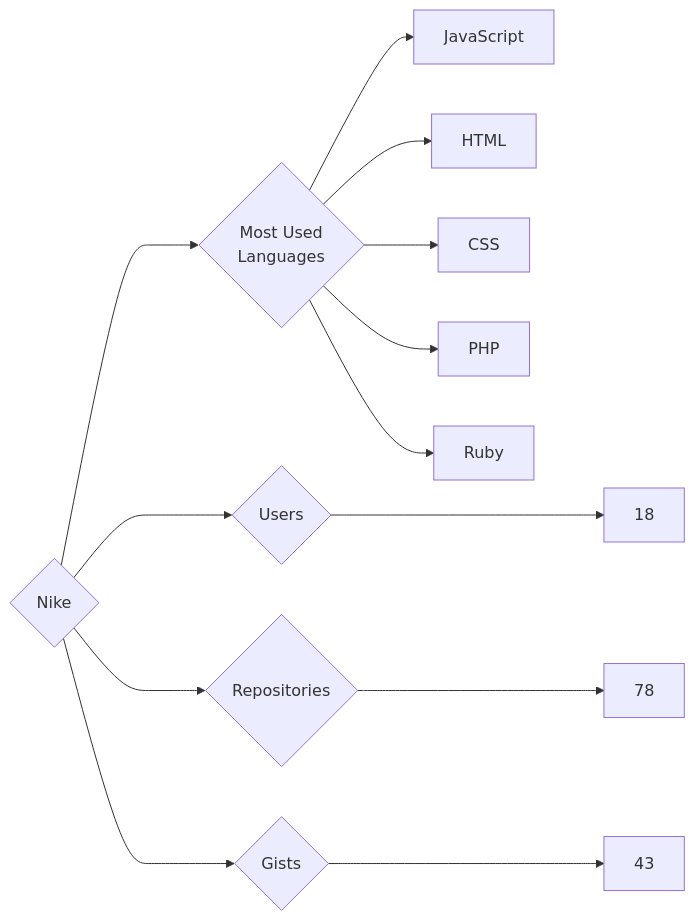
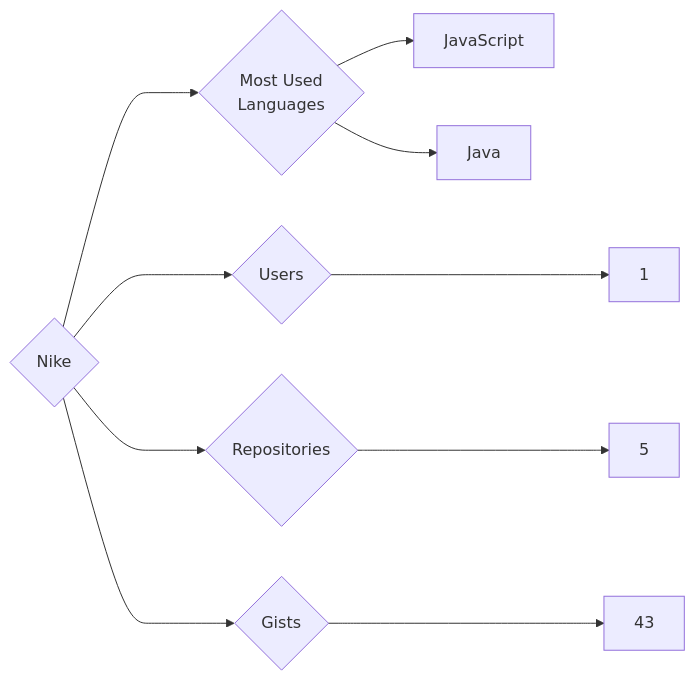
Before and after one commit to trickest/insiders: the diagram in targets/Nike/README.md, drawn with Mermaid. The commit also changed 695 other files, not shown here.

````diff
--- a/targets/Nike/README.md
+++ b/targets/Nike/README.md
@@ -3,13 +3,10 @@
 ```mermaid
 graph LR
 COMPANY_NAME{Nike}
-COMPANY_NAME ---> U{Users} ---> UN[18]
-COMPANY_NAME ---> R{Repositories} ---> RN[78]
+COMPANY_NAME ---> U{Users} ---> UN[1]
+COMPANY_NAME ---> R{Repositories} ---> RN[5]
 COMPANY_NAME ---> G{Gists} ---> GN[43]
 COMPANY_NAME ---> ML{Most Used<br>Languages}
 ML --> JavaScript[JavaScript]
-ML --> HTML[HTML]
-ML --> CSS[CSS]
-ML --> PHP[PHP]
-ML --> Ruby[Ruby]
+ML --> Java[Java]
 ```
````
